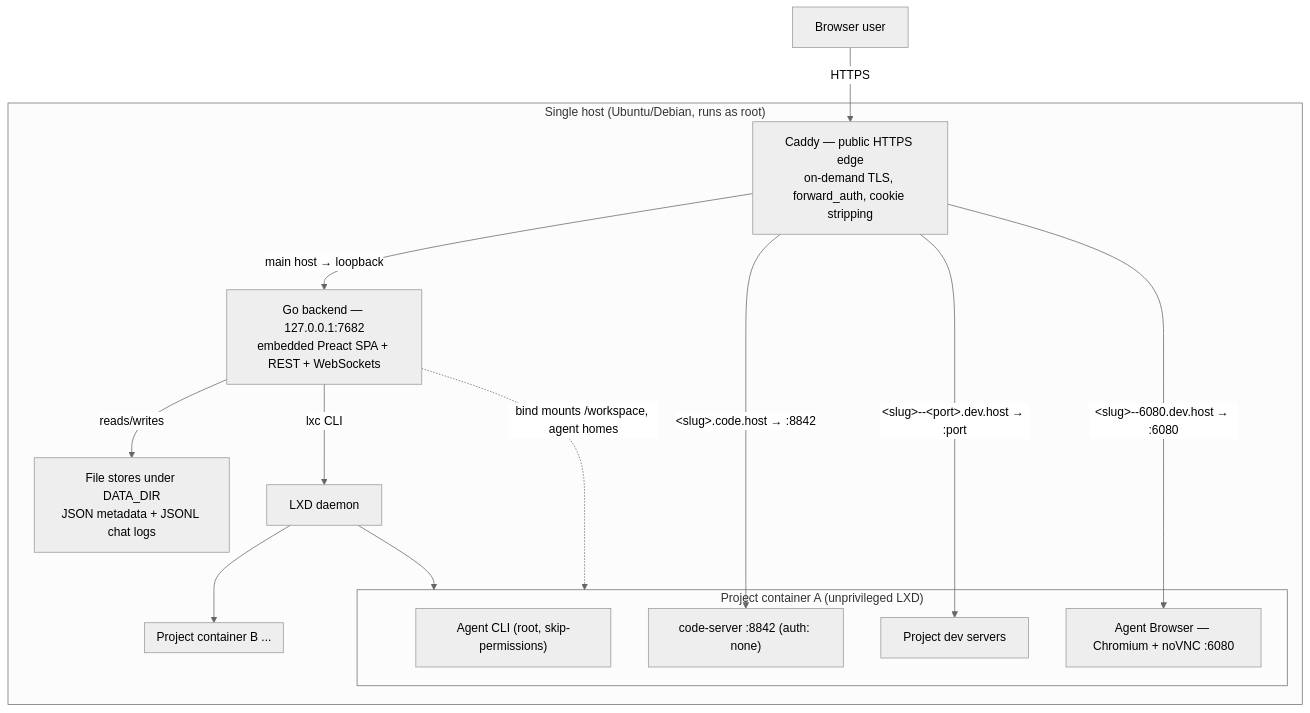
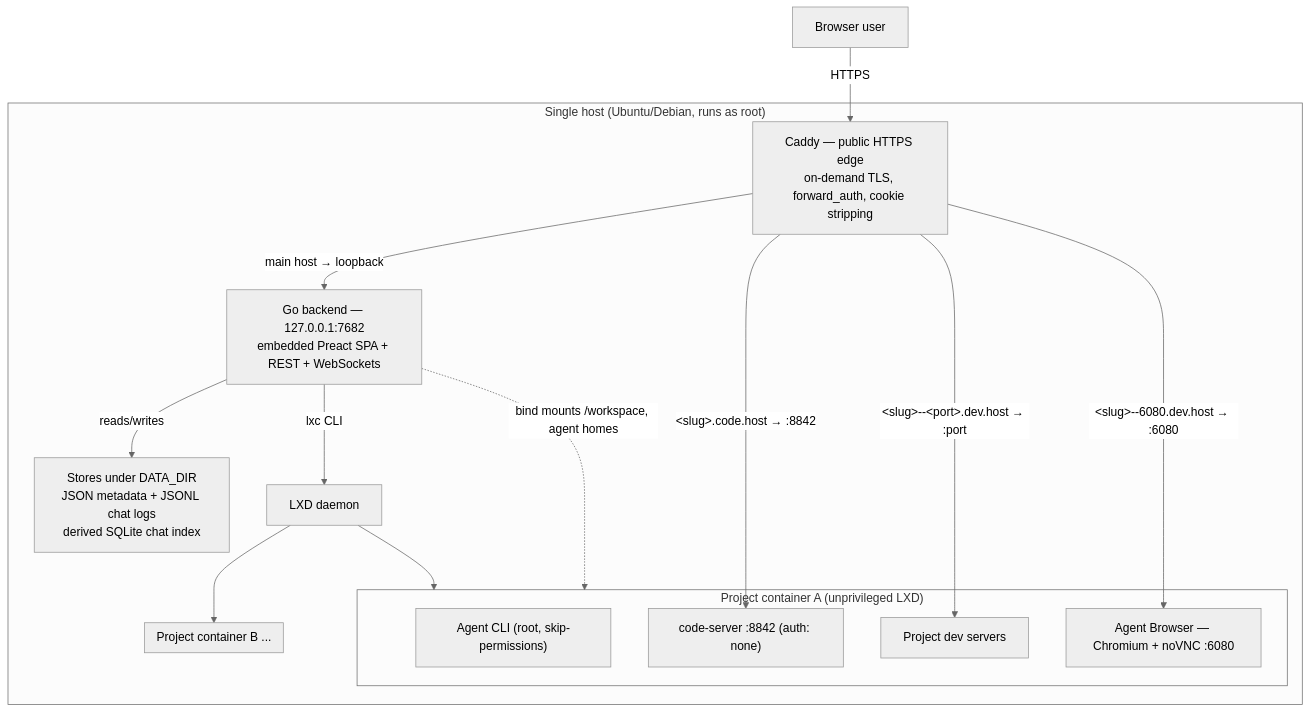
Before and after one commit to AbdallahMohamedDotnet/remote.futrx: the first of 2 diagrams in ARCHITECTURE.md, drawn with Mermaid (neutral theme). The commit also changed other lines of this file and 2 other files, not shown here.

Commit message:
docs: describe derived chat event index

````diff
--- a/ARCHITECTURE.md
+++ b/ARCHITECTURE.md
@@ -18,31 +18,31 @@
 ```mermaid
 flowchart TB
     User["Browser user"]
 
     subgraph Host["Single host (Ubuntu/Debian, runs as root)"]
         Caddy["Caddy — public HTTPS edge<br/>on-demand TLS, forward_auth, cookie stripping"]
         Go["Go backend — 127.0.0.1:7682<br/>embedded Preact SPA + REST + WebSockets"]
-        Stores["File stores under DATA_DIR<br/>JSON metadata + JSONL chat logs"]
+        Stores["Stores under DATA_DIR<br/>JSON metadata + JSONL chat logs<br/>derived SQLite chat index"]
         LXD["LXD daemon"]
 
         subgraph C1["Project container A (unprivileged LXD)"]
             AgentA["Agent CLI (root, skip-permissions)"]
             IDEA["code-server :8842 (auth: none)"]
             AppA["Project dev servers"]
             BrowA["Agent Browser — Chromium + noVNC :6080"]
         end
         subgraph C2["Project container B ..."]
         end
     end
 
     User -->|HTTPS| Caddy
     Caddy -->|"main host → loopback"| Go
     Caddy -->|"&lt;slug&gt;.code.host → :8842"| IDEA
     Caddy -->|"&lt;slug&gt;--&lt;port&gt;.dev.host → :port"| AppA
     Caddy -->|"&lt;slug&gt;--6080.dev.host → :6080"| BrowA
     Go -->|reads/writes| Stores
     Go -->|lxc CLI| LXD
     LXD --> C1
     LXD --> C2
     Go -.->|"bind mounts /workspace, agent homes"| C1
 ```
````
